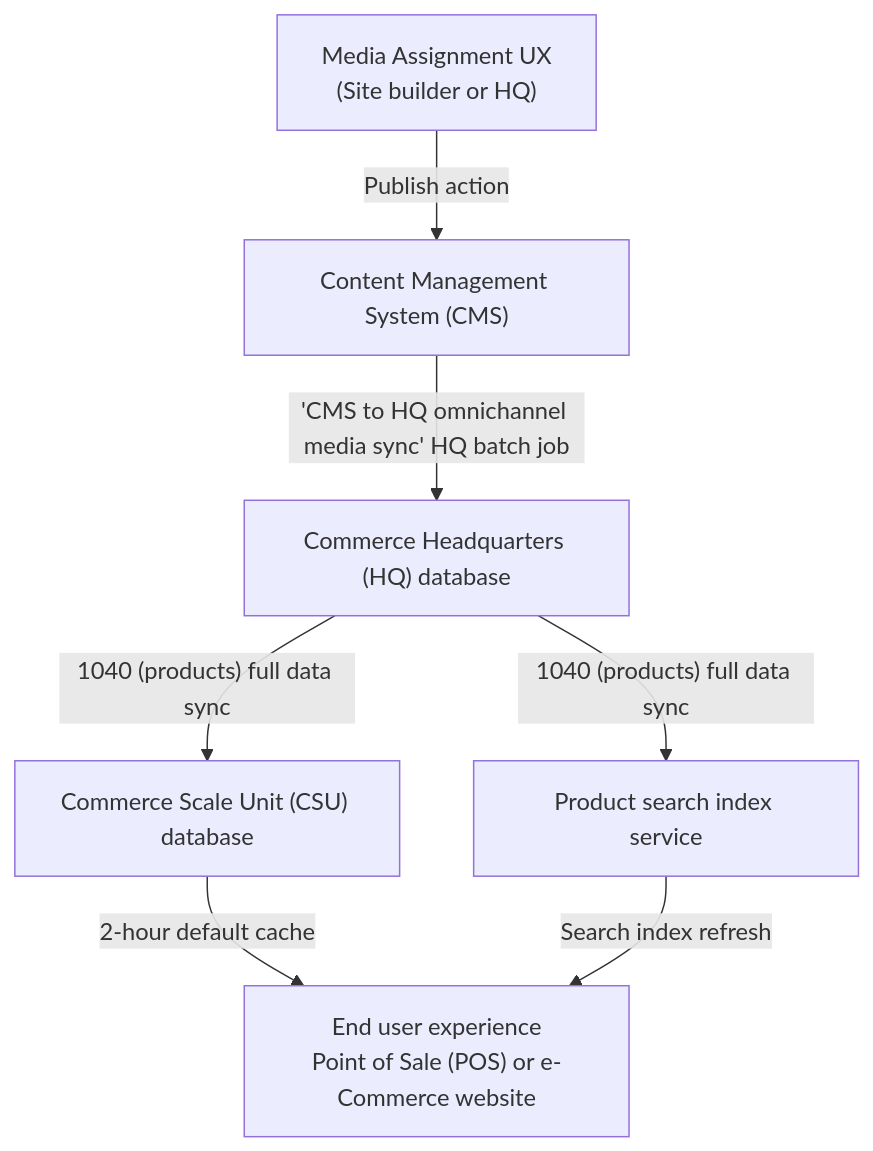
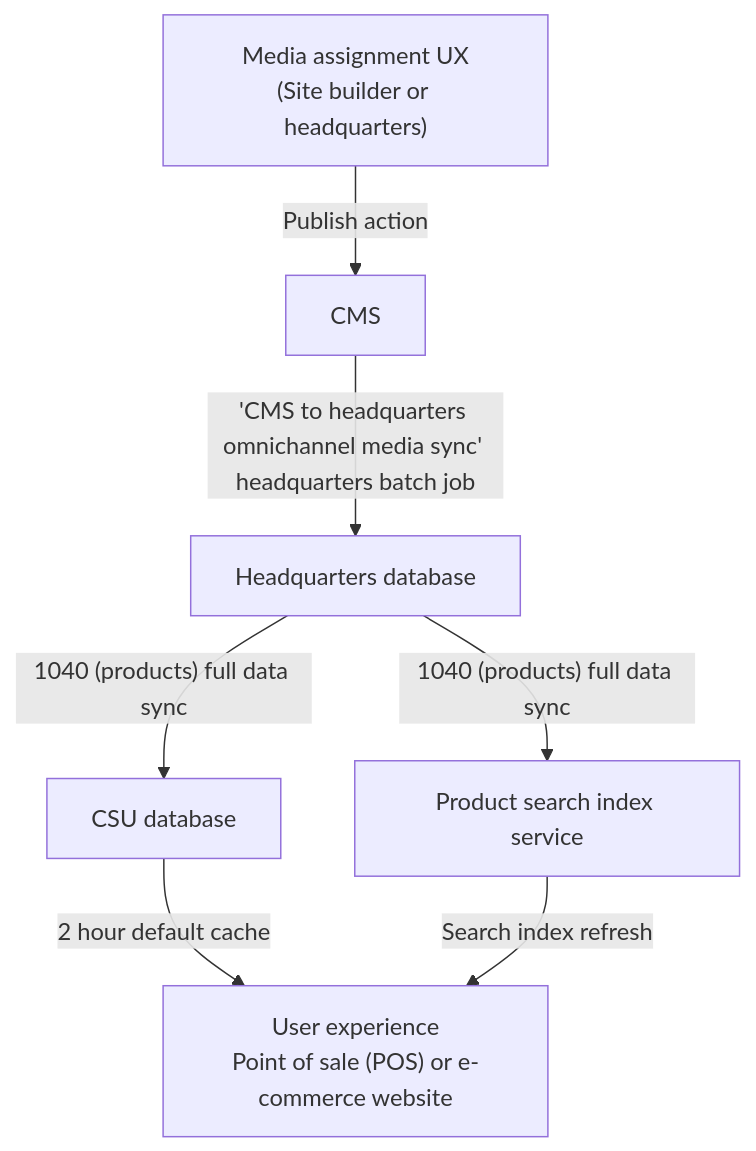
Before and after one commit to MicrosoftDocs/dynamics-365-unified-operations-public: the diagram in articles/commerce/omnichannel-media-management-overview.md, drawn with Mermaid. The commit also changed other lines of this file, not shown here.

````diff
--- a/articles/commerce/omnichannel-media-management-overview.md
+++ b/articles/commerce/omnichannel-media-management-overview.md
@@ -67,9 +67,9 @@
 ```mermaid
 graph TD;
-A["Media Assignment UX<br>(Site builder or HQ)"]-->|Publish action|B["Content Management System (CMS)"];
-B-->|"'CMS to HQ omnichannel media sync' HQ batch job"|C["Commerce Headquarters (HQ) database"];
-C-->|"1040 (products) full data sync"|D["Commerce Scale Unit (CSU) database"];
+A["Media assignment UX<br>(Site builder or headquarters)"]-->|Publish action|B["CMS"];
+B-->|"'CMS to headquarters omnichannel media sync' headquarters batch job"|C["Headquarters database"];
+C-->|"1040 (products) full data sync"|D["CSU database"];
 C-->|"1040 (products) full data sync"|E["Product search index service"]
-D-->|"2-hour default cache"|F["End user experience<br>Point of Sale (POS) or e-Commerce website"]
+D-->|"2 hour default cache"|F["User experience<br>Point of sale (POS) or e-commerce website"]
 E-->|"Search index refresh"|F
 ```
````
